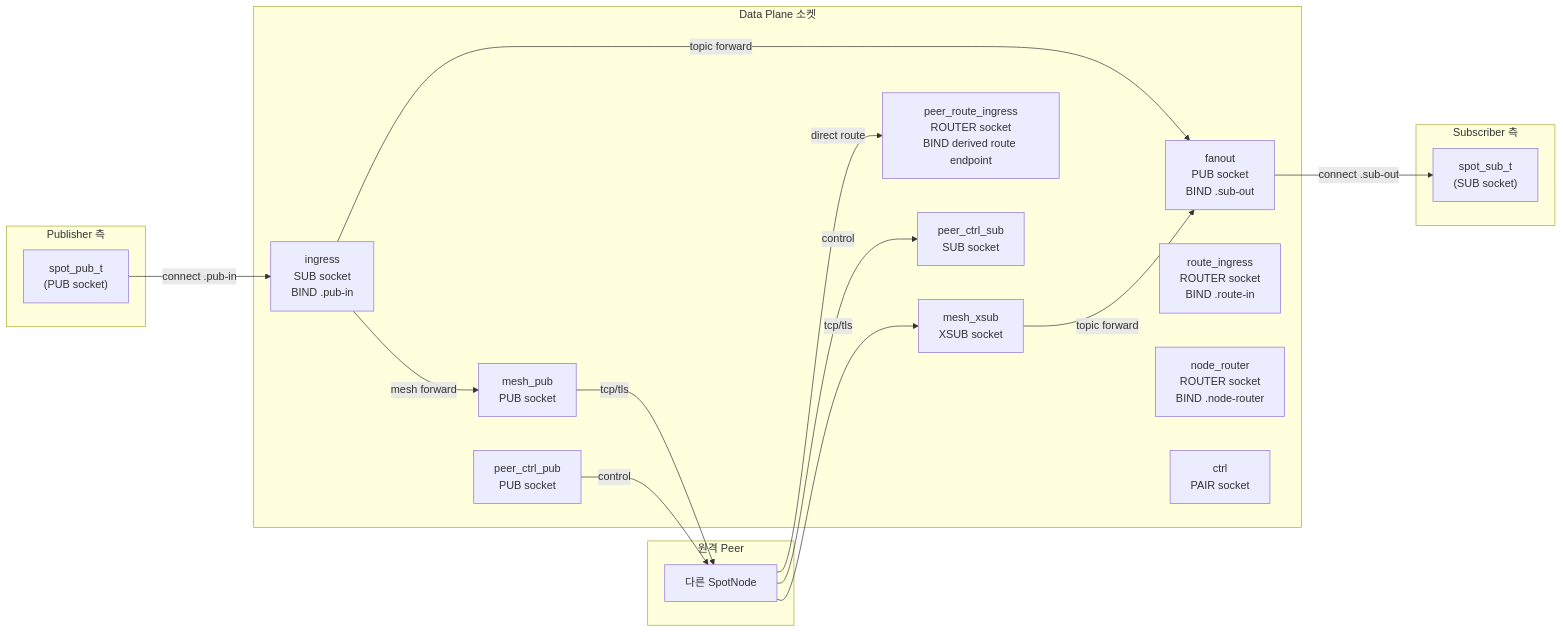
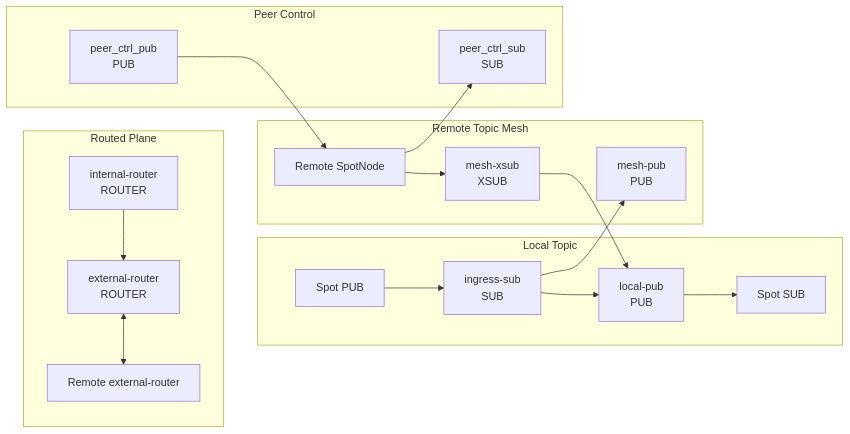
One commit to kairos-code-dev/zlink changed the second of 5 diagrams in doc/site/docs/internals/spot-internals.ko.md. Above: the diagram before and after it, drawn with Mermaid. The commit also changed other lines of this file and 117 other files, not shown here.

````diff
--- a/doc/site/docs/internals/spot-internals.ko.md
+++ b/doc/site/docs/internals/spot-internals.ko.md
@@ -62,38 +61,39 @@
 ```mermaid
 flowchart LR
-    subgraph PubSide["Publisher 측"]
-        spot_pub["spot_pub_t<br/>(PUB socket)"]
+    subgraph LocalTopic["Local Topic"]
+        spot_pub["Spot PUB"]
+        ingress_sub["ingress-sub<br/>SUB"]
+        local_pub["local-pub<br/>PUB"]
+        spot_sub["Spot SUB"]
     end
 
-    subgraph Internal["Data Plane 소켓"]
-        ingress["ingress<br/>SUB socket<br/>BIND .pub-in"]
-        fanout["fanout<br/>PUB socket<br/>BIND .sub-out"]
-        mesh_pub["mesh_pub<br/>PUB socket"]
-        mesh_xsub["mesh_xsub<br/>XSUB socket"]
-        route_in["route_ingress<br/>ROUTER socket<br/>BIND .route-in"]
-        peer_route_in["peer_route_ingress<br/>ROUTER socket<br/>BIND derived route endpoint"]
-        node_router["node_router<br/>ROUTER socket<br/>BIND .node-router"]
-        ctrl["ctrl<br/>PAIR socket"]
-        peer_ctrl_pub["peer_ctrl_pub<br/>PUB socket"]
-        peer_ctrl_sub["peer_ctrl_sub<br/>SUB socket"]
+    subgraph RemoteTopic["Remote Topic Mesh"]
+        mesh_pub["mesh-pub<br/>PUB"]
+        mesh_xsub["mesh-xsub<br/>XSUB"]
+        remote_topic["Remote SpotNode"]
     end
 
-    subgraph SubSide["Subscriber 측"]
-        spot_sub["spot_sub_t<br/>(SUB socket)"]
+    subgraph RoutedPlane["Routed Plane"]
+        internal_router["internal-router<br/>ROUTER"]
+        external_router["external-router<br/>ROUTER"]
+        remote_router["Remote external-router"]
     end
 
-    subgraph Remote["원격 Peer"]
-        remote_node["다른 SpotNode"]
+    subgraph ControlPlane["Peer Control"]
+        peer_ctrl_pub["peer_ctrl_pub<br/>PUB"]
+        peer_ctrl_sub["peer_ctrl_sub<br/>SUB"]
     end
 
-    spot_pub -->|connect .pub-in| ingress
-    ingress -->|"topic forward"| fanout
-    ingress -->|"mesh forward"| mesh_pub
-    fanout -->|connect .sub-out| spot_sub
-    mesh_pub -->|"tcp/tls"| remote_node
-    remote_node -->|"tcp/tls"| mesh_xsub
-    mesh_xsub -->|"topic forward"| fanout
-    peer_ctrl_pub -->|control| remote_node
-    remote_node -->|control| peer_ctrl_sub
-    remote_node -->|"direct route"| peer_route_in
+    spot_pub --> ingress_sub
+    ingress_sub --> local_pub
+    local_pub --> spot_sub
+    ingress_sub --> mesh_pub
+    remote_topic --> mesh_xsub
+    mesh_xsub --> local_pub
+
+    internal_router --> external_router
+    external_router <--> remote_router
+
+    peer_ctrl_pub --> remote_topic
+    remote_topic --> peer_ctrl_sub
 ```
````
